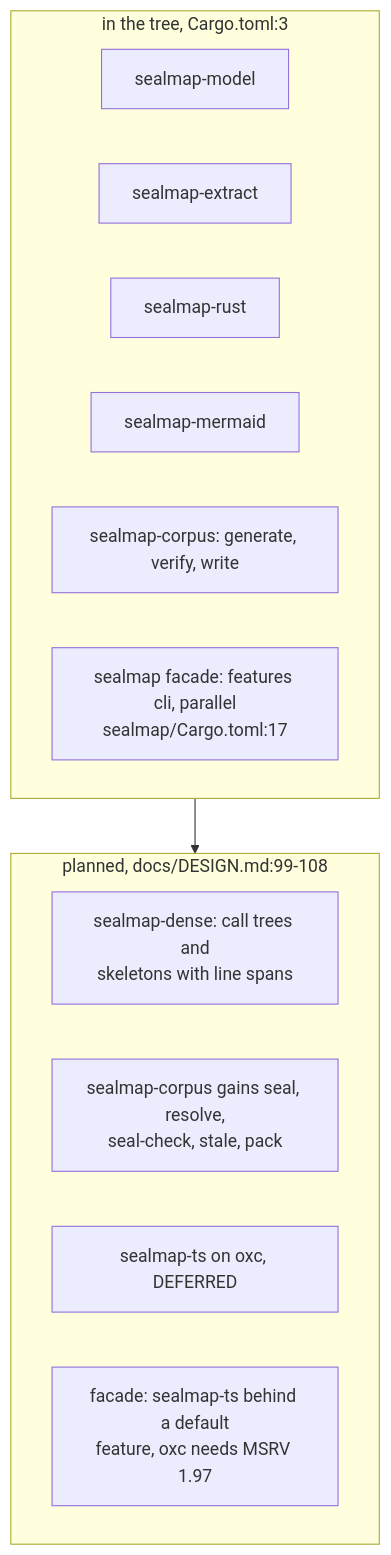
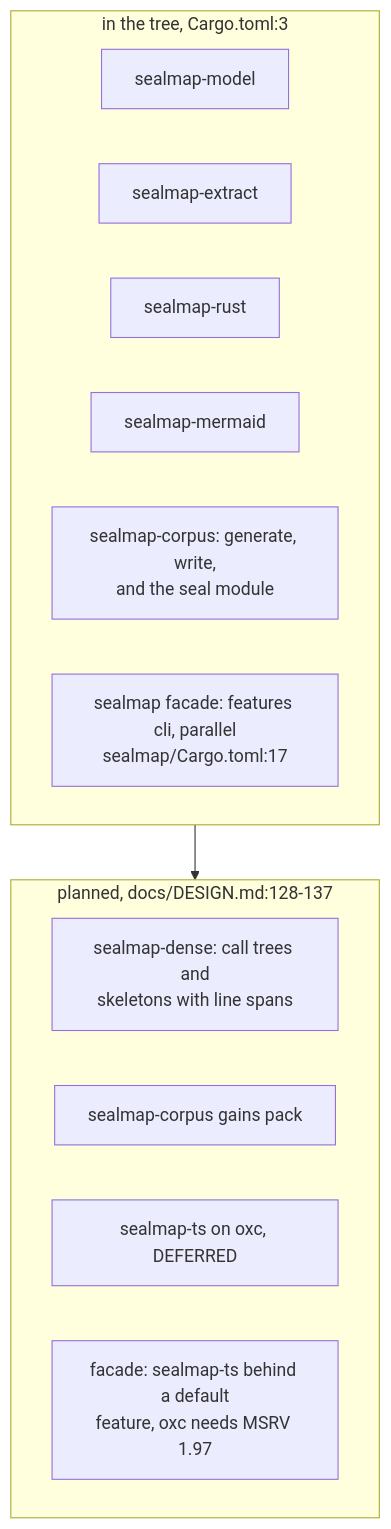
The fifth of 6 diagrams in docs/diagrams/delivery/02-design-versus-code.md (DreamLab-AI/codemaid), drawn with Mermaid before and after one commit. The commit also changed other lines of this file and 22 other files, not shown here.

First line of the commit message:
docs(diagrams): COR-04 and COR-05 for the seal surface; re-stamp every topic at ae478d9

````diff
--- a/docs/diagrams/delivery/02-design-versus-code.md
+++ b/docs/diagrams/delivery/02-design-versus-code.md
@@ -194,18 +198,18 @@
 ```mermaid
 flowchart TB
     subgraph HAVE["in the tree, Cargo.toml:3"]
         H1["sealmap-model"]
         H2["sealmap-extract"]
         H3["sealmap-rust"]
         H4["sealmap-mermaid"]
-        H5["sealmap-corpus: generate, verify, write"]
+        H5["sealmap-corpus: generate, write,<br/>and the seal module"]
         H6["sealmap facade: features cli, parallel<br/>sealmap/Cargo.toml:17"]
     end
-    subgraph PLANNED["planned, docs/DESIGN.md:99-108"]
+    subgraph PLANNED["planned, docs/DESIGN.md:128-137"]
         P1["sealmap-dense: call trees and<br/>skeletons with line spans"]
-        P2["sealmap-corpus gains seal, resolve,<br/>seal-check, stale, pack"]
+        P2["sealmap-corpus gains pack"]
         P3["sealmap-ts on oxc, DEFERRED"]
         P4["facade: sealmap-ts behind a default<br/>feature, oxc needs MSRV 1.97"]
     end
     HAVE --> PLANNED
 ```
````
